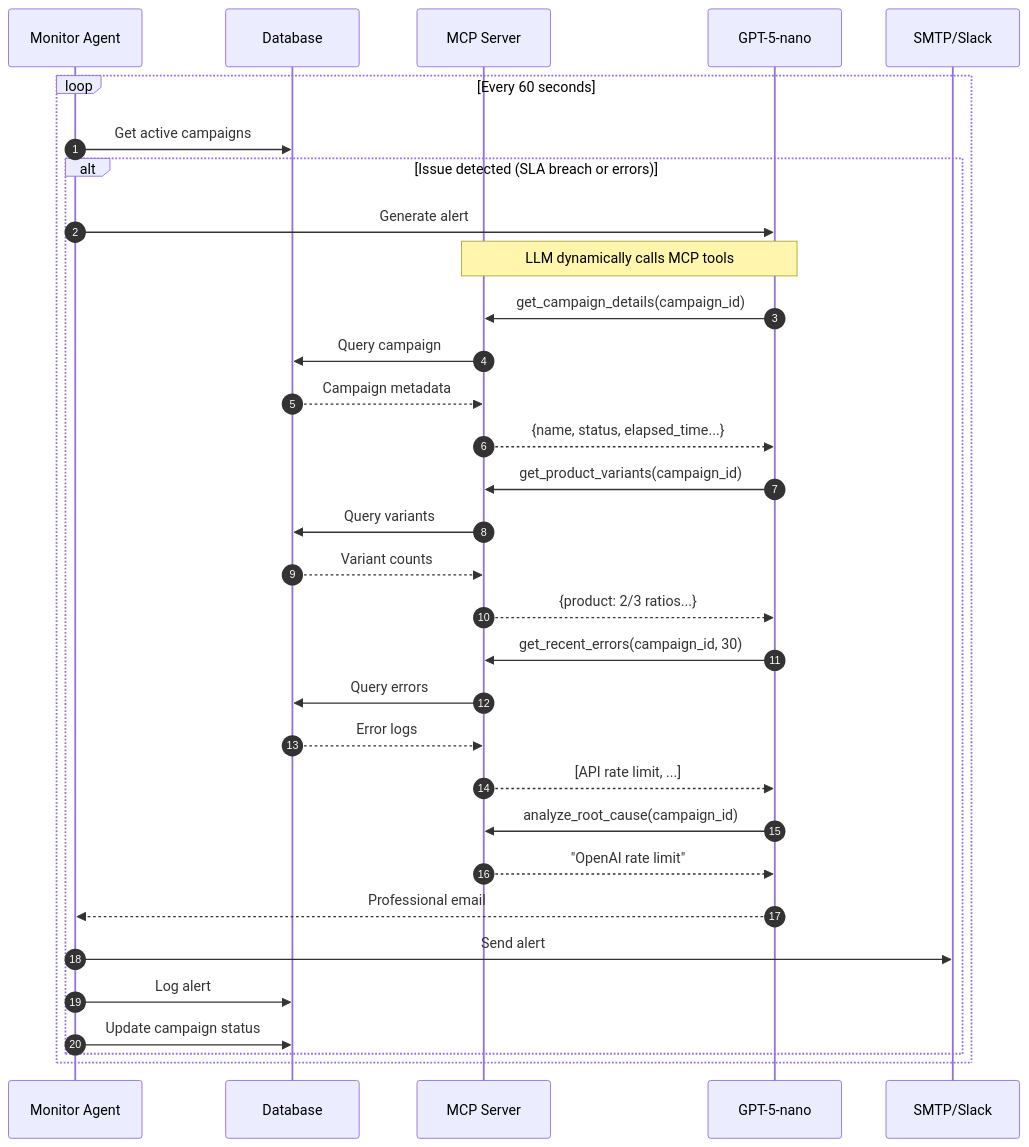
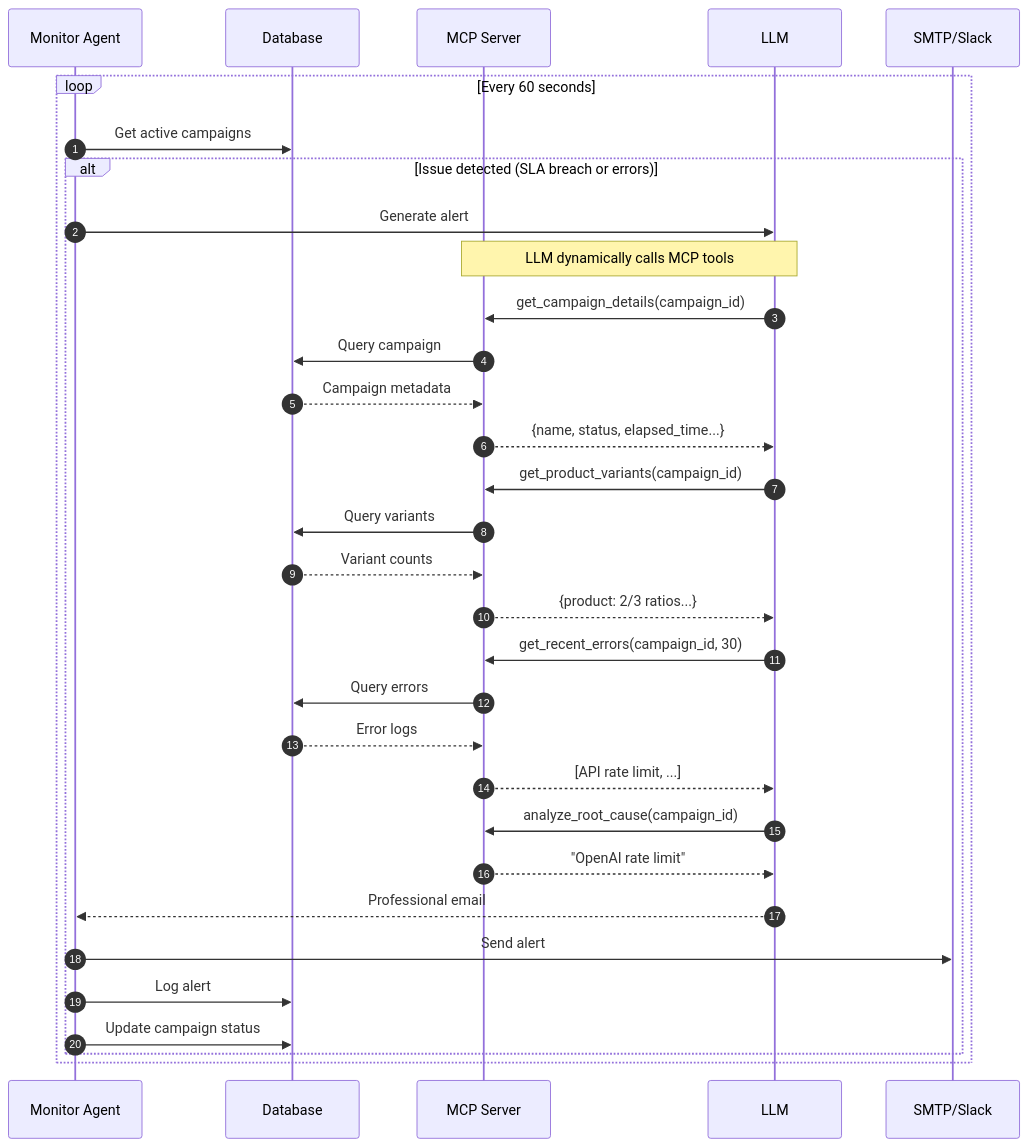
One commit to sharan1303/creative-ai changed the fourth of 5 diagrams in README.md. Above: the diagram before and after it, drawn with Mermaid. The commit also changed other lines of this file, not shown here.

````diff
--- a/README.md
+++ b/README.md
@@ -412,43 +428,43 @@
 ```mermaid
 sequenceDiagram
     autonumber
     participant Agent as Monitor Agent
     participant DB as Database
     participant MCP as MCP Server
-    participant LLM as GPT-5-nano
+    participant LLM as LLM
     participant Email as SMTP/Slack
 
     loop Every 60 seconds
         Agent->>DB: Get active campaigns
         
         alt Issue detected (SLA breach or errors)
             Agent->>LLM: Generate alert
             
             Note over LLM,MCP: LLM dynamically calls MCP tools
             
             LLM->>MCP: get_campaign_details(campaign_id)
             MCP->>DB: Query campaign
             DB-->>MCP: Campaign metadata
             MCP-->>LLM: {name, status, elapsed_time...}
             
             LLM->>MCP: get_product_variants(campaign_id)
             MCP->>DB: Query variants
             DB-->>MCP: Variant counts
             MCP-->>LLM: {product: 2/3 ratios...}
             
             LLM->>MCP: get_recent_errors(campaign_id, 30)
             MCP->>DB: Query errors
             DB-->>MCP: Error logs
             MCP-->>LLM: [API rate limit, ...]
             
             LLM->>MCP: analyze_root_cause(campaign_id)
             MCP-->>LLM: "OpenAI rate limit"
             
             LLM-->>Agent: Professional email
             
             Agent->>Email: Send alert
             Agent->>DB: Log alert
             Agent->>DB: Update campaign status
         end
     end
 ```
````
